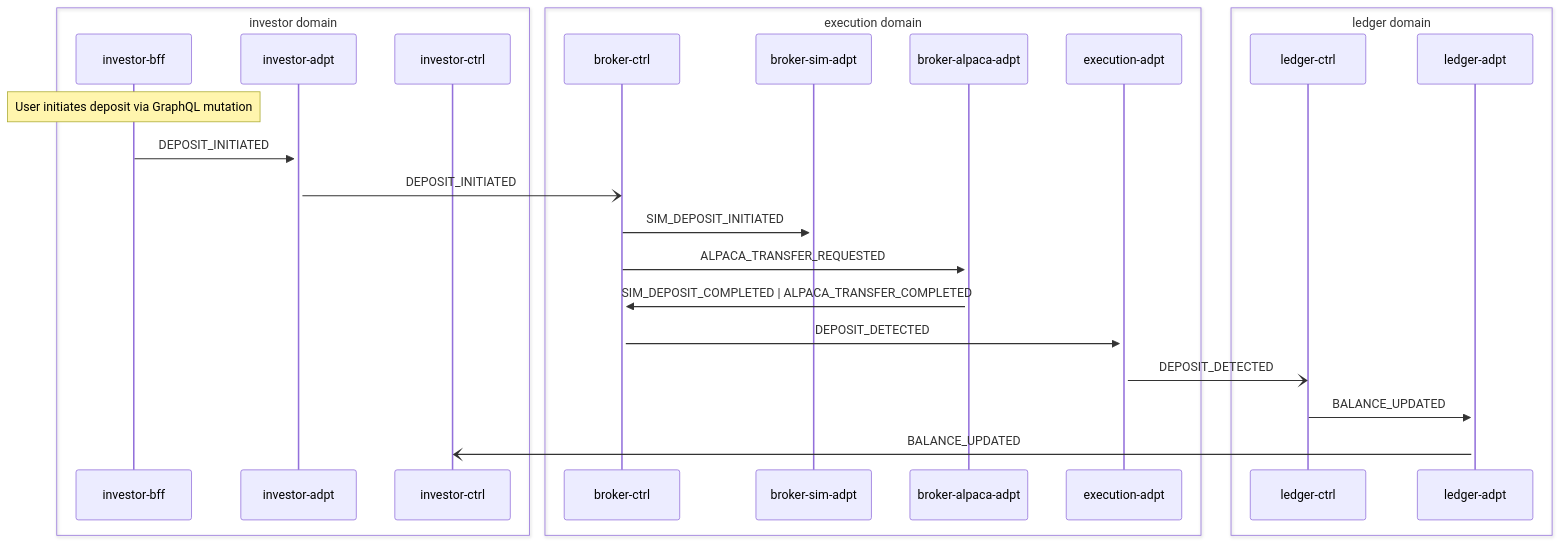
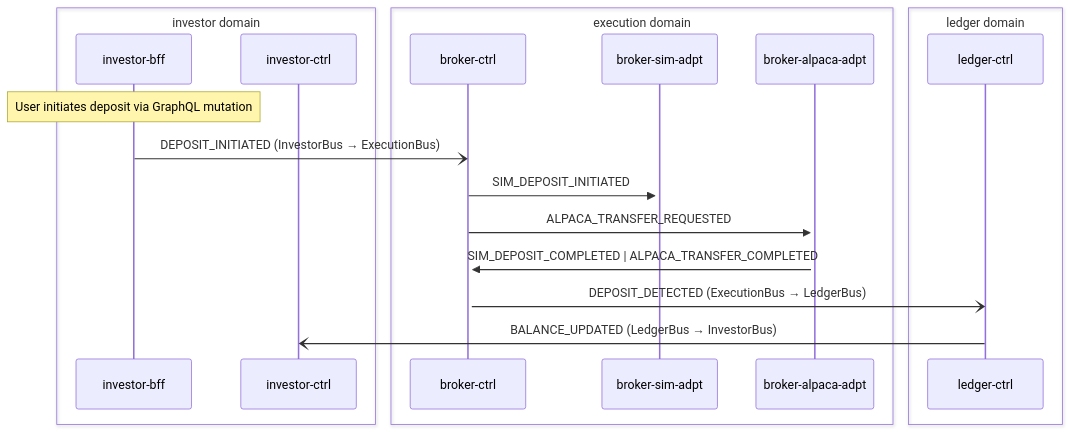
The second of 2 diagrams in docs/data-flows/deposit.md (fabio-vitali/nestfolio), drawn with Mermaid before and after one commit. The commit also changed other lines of this file and 19 other files, not shown here.

First line of the commit message:
docs(flows): update flow specs and schema for pull model adapter routing

````diff
--- a/docs/data-flows/deposit.md
+++ b/docs/data-flows/deposit.md
@@ -42,28 +36,22 @@
 ```mermaid
 sequenceDiagram
     box investor domain
         participant investor_bff as investor-bff
-        participant investor_adpt as investor-adpt
         participant investor_ctrl as investor-ctrl
     end
     box execution domain
         participant broker_ctrl as broker-ctrl
         participant broker_sim_adpt as broker-sim-adpt
         participant broker_alpaca_adpt as broker-alpaca-adpt
-        participant execution_adpt as execution-adpt
     end
     box ledger domain
         participant ledger_ctrl as ledger-ctrl
-        participant ledger_adpt as ledger-adpt
     end
     Note over investor_bff: User initiates deposit via GraphQL mutation
-    investor_bff->>+investor_adpt: DEPOSIT_INITIATED
-    investor_adpt-)broker_ctrl: DEPOSIT_INITIATED
+    investor_bff-)broker_ctrl: DEPOSIT_INITIATED (InvestorBus → ExecutionBus)
     broker_ctrl->>+broker_sim_adpt: SIM_DEPOSIT_INITIATED
     broker_ctrl->>+broker_alpaca_adpt: ALPACA_TRANSFER_REQUESTED
     broker_alpaca_adpt->>+broker_ctrl: SIM_DEPOSIT_COMPLETED | ALPACA_TRANSFER_COMPLETED
-    broker_ctrl->>+execution_adpt: DEPOSIT_DETECTED
-    execution_adpt-)ledger_ctrl: DEPOSIT_DETECTED
-    ledger_ctrl->>+ledger_adpt: BALANCE_UPDATED
-    ledger_adpt-)investor_ctrl: BALANCE_UPDATED
+    broker_ctrl-)ledger_ctrl: DEPOSIT_DETECTED (ExecutionBus → LedgerBus)
+    ledger_ctrl-)investor_ctrl: BALANCE_UPDATED (LedgerBus → InvestorBus)
 ```
````
